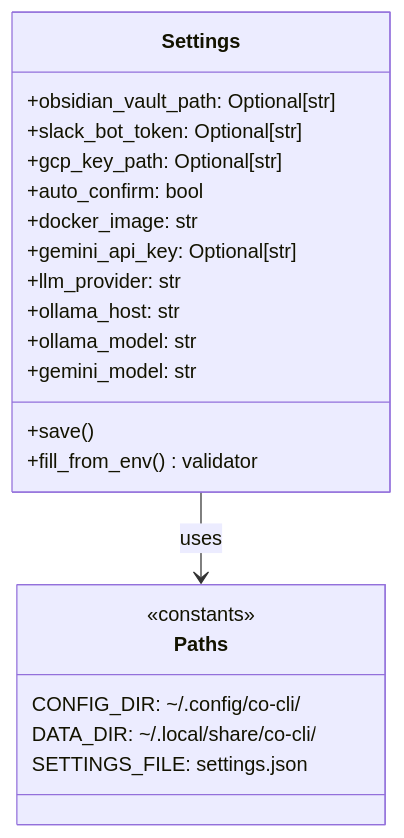
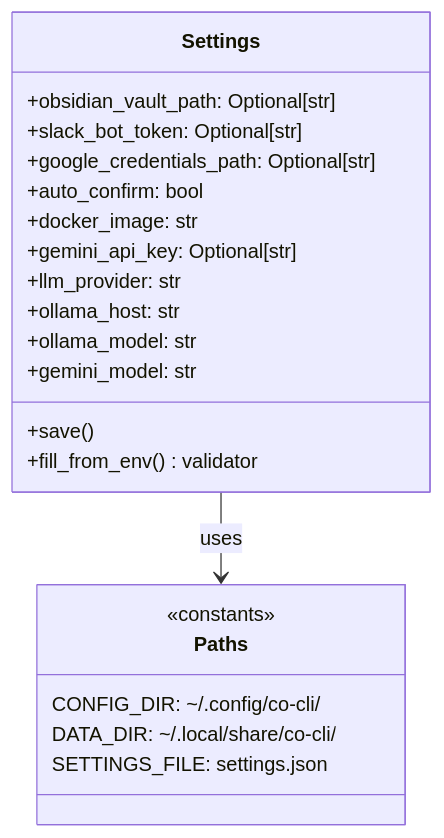
One commit to binlecode/co-cli changed the fifth of 13 diagrams in docs/DESIGN-co-cli.md. Above: the diagram before and after it, drawn with Mermaid. The commit also changed other lines of this file and 25 other files, not shown here.

````diff
--- a/docs/DESIGN-co-cli.md
+++ b/docs/DESIGN-co-cli.md
@@ -226,26 +250,26 @@
 ```mermaid
 classDiagram
     class Settings {
         +obsidian_vault_path: Optional[str]
         +slack_bot_token: Optional[str]
-        +gcp_key_path: Optional[str]
+        +google_credentials_path: Optional[str]
         +auto_confirm: bool
         +docker_image: str
         +gemini_api_key: Optional[str]
         +llm_provider: str
         +ollama_host: str
         +ollama_model: str
         +gemini_model: str
         +save()
         +fill_from_env() validator
     }
 
     class Paths {
         <<constants>>
         CONFIG_DIR: ~/.config/co-cli/
         DATA_DIR: ~/.local/share/co-cli/
         SETTINGS_FILE: settings.json
     }
 
     Settings --> Paths : uses
 ```
````
